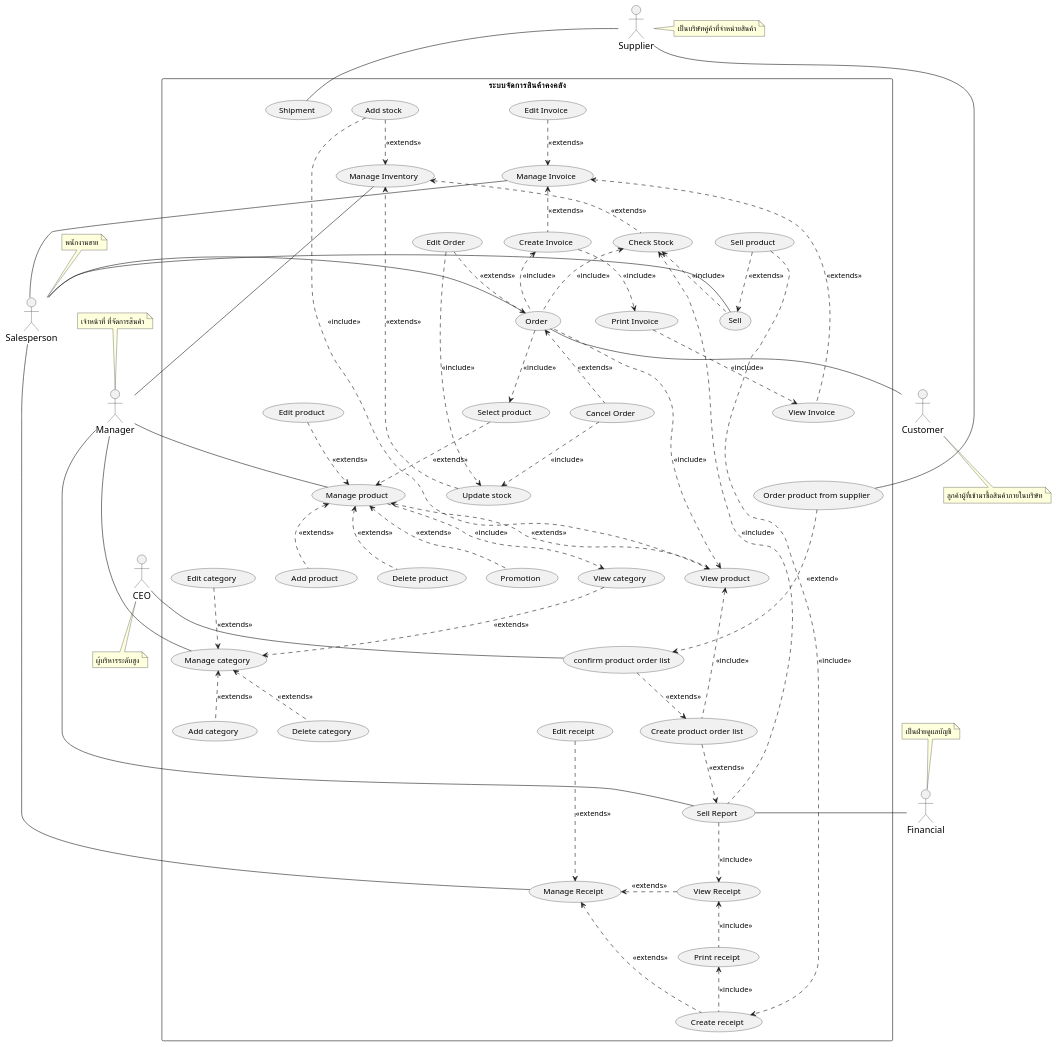
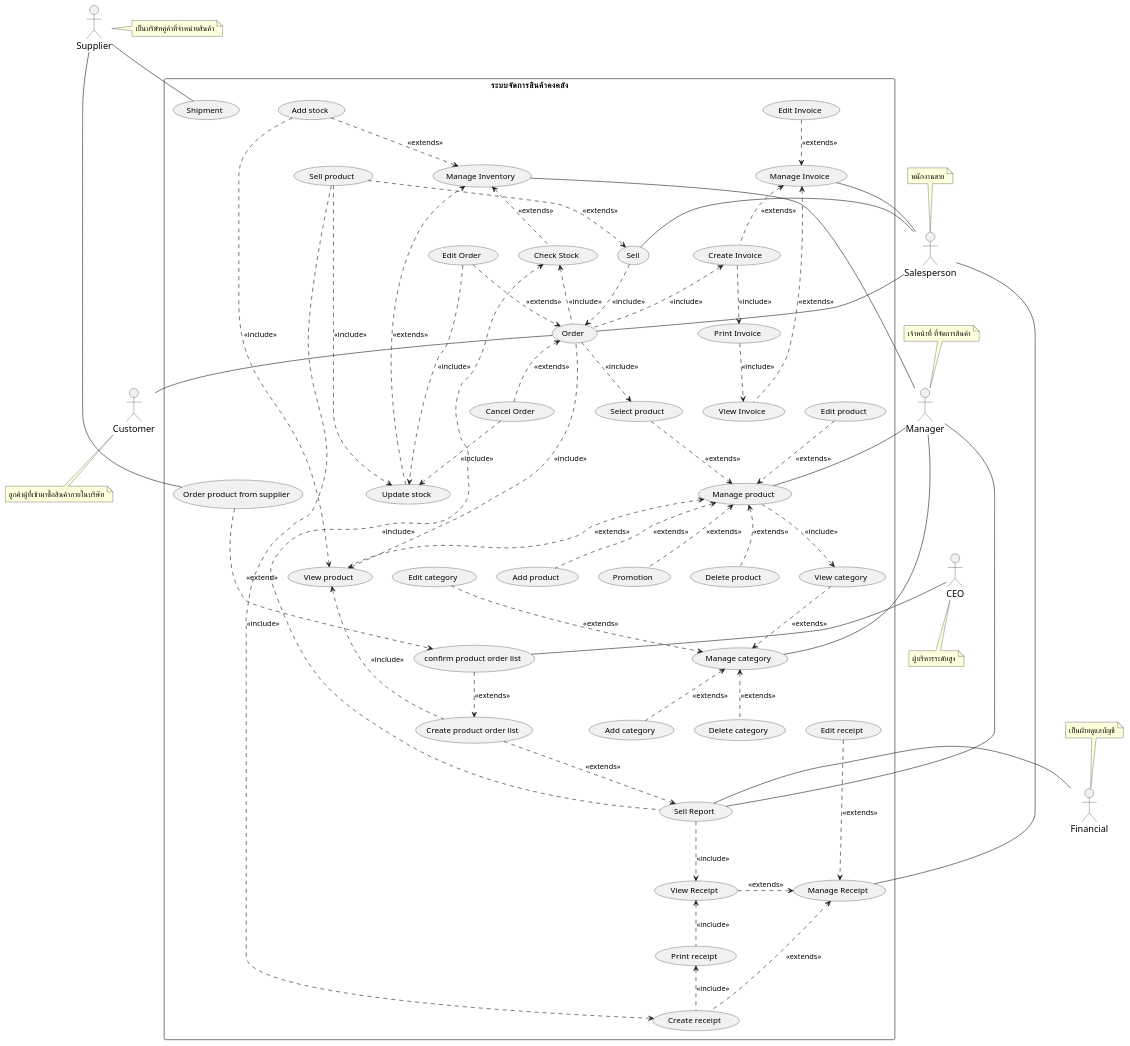
The diagram in system-analysis/usecase/_0_usecase-diagram.puml (billowdev/inventory-system-plantuml-sequelize-seeder-example), drawn with PlantUML before and after one commit. The commit also changed 1 other file, not shown here.

Commit message:
extract usecase sale

```diff
--- a/system-analysis/usecase/_0_usecase-diagram.puml
+++ b/system-analysis/usecase/_0_usecase-diagram.puml
@@ -154,9 +154,10 @@
 
     ' ================ Sell ================
     (usecaseSellProduct) ..> (usecaseSell) : <<extends>>
-    (usecaseCheckStock) <.. (usecaseSell)    : <<include>>
+    (usecaseSellProduct)  ..> (usecaseUpdateStock)   : <<include>>
 
     (usecaseSellProduct)  ..> (usecaseCreateReceipt) : <<include>>
+    (usecaseSell)  ..> (usecaseOrder) : <<include>>
 
     '   ความสัมพันธ์ระหว่าง actor และ usecase ในส่วนของการขาย
     actorSalesperson - (usecaseSell)
```
